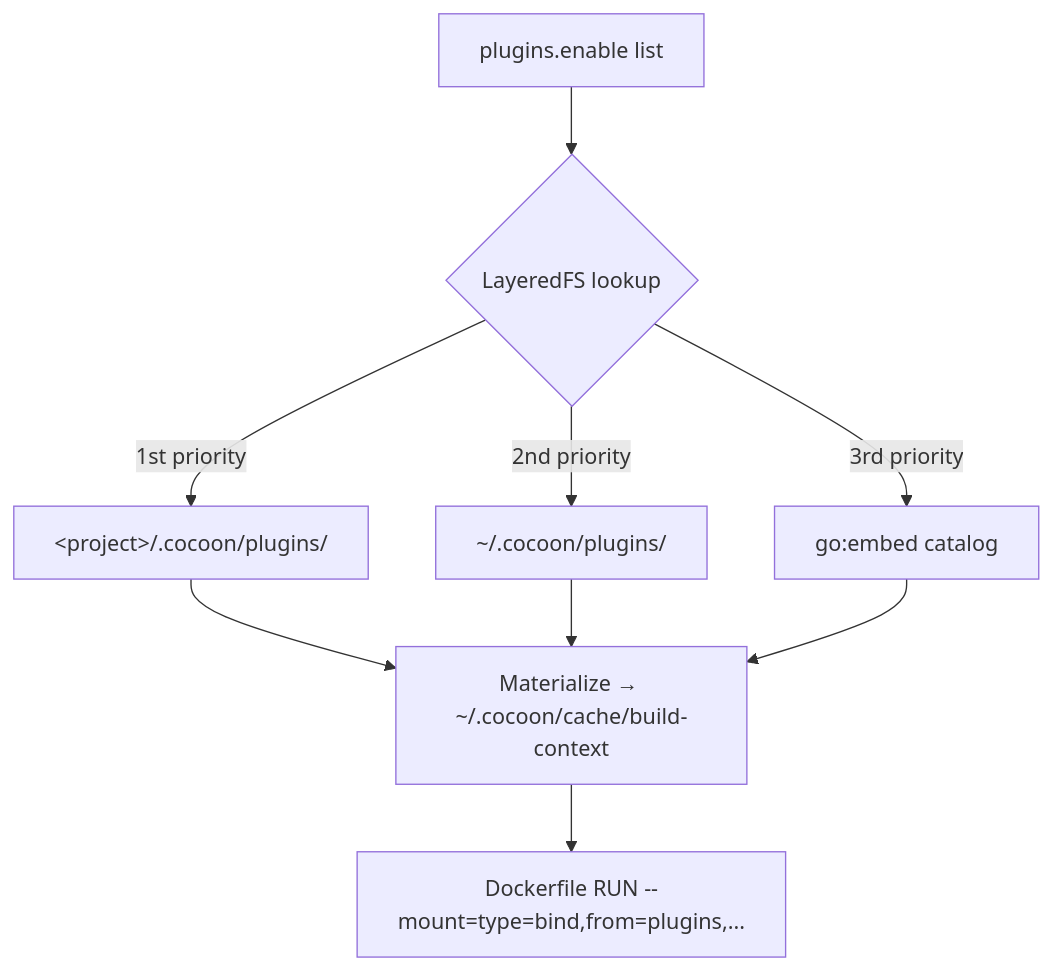
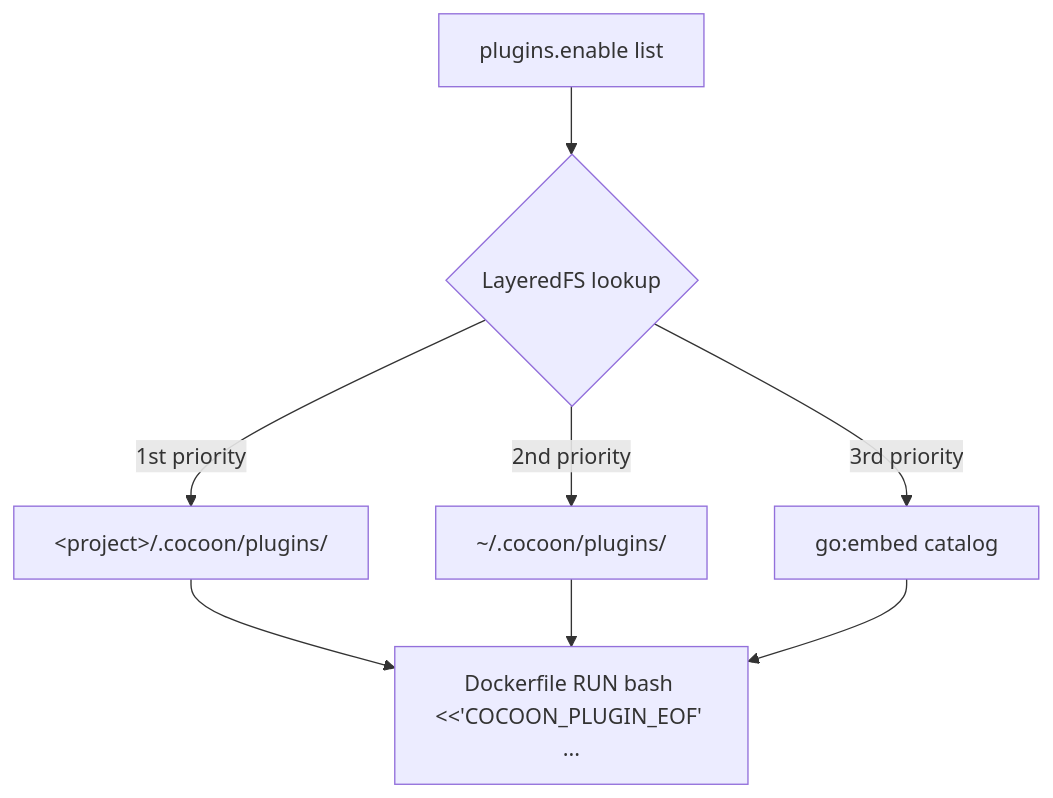
The second of 3 diagrams in docs/architecture.ja.md (sukekyo26/cocoon), drawn with Mermaid before and after one commit. The commit also changed other lines of this file and 23 other files, not shown here.

````diff
--- a/docs/architecture.ja.md
+++ b/docs/architecture.ja.md
@@ -45,11 +44,10 @@
 ```mermaid
 flowchart TB
     enable[plugins.enable list] --> layered{LayeredFS lookup}
     layered -->|1st priority| project["&lt;project&gt;/.cocoon/plugins/"]
     layered -->|2nd priority| usr["~/.cocoon/plugins/"]
     layered -->|3rd priority| embedded["go:embed catalog"]
-    project --> mat["Materialize → ~/.cocoon/cache/build-context"]
-    usr --> mat
-    embedded --> mat
-    mat --> dockerfile["Dockerfile RUN --mount=type=bind,from=plugins,..."]
+    project --> dockerfile["Dockerfile RUN bash &lt;&lt;'COCOON_PLUGIN_EOF' ..."]
+    usr --> dockerfile
+    embedded --> dockerfile
 ```
````
